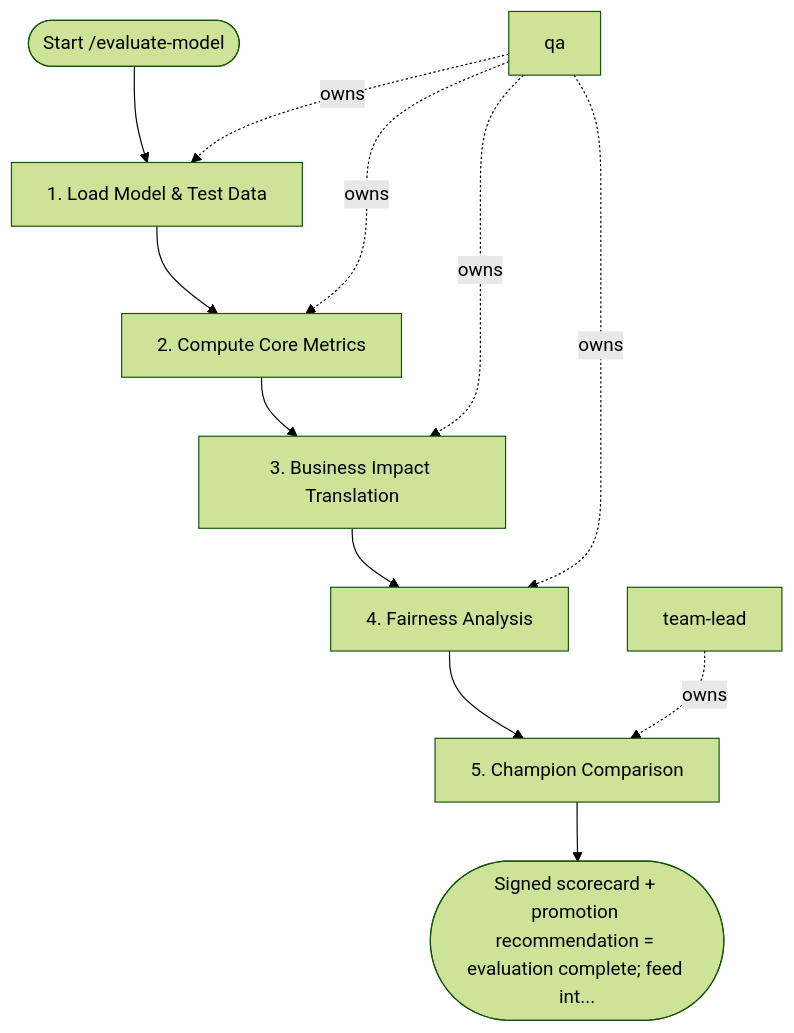
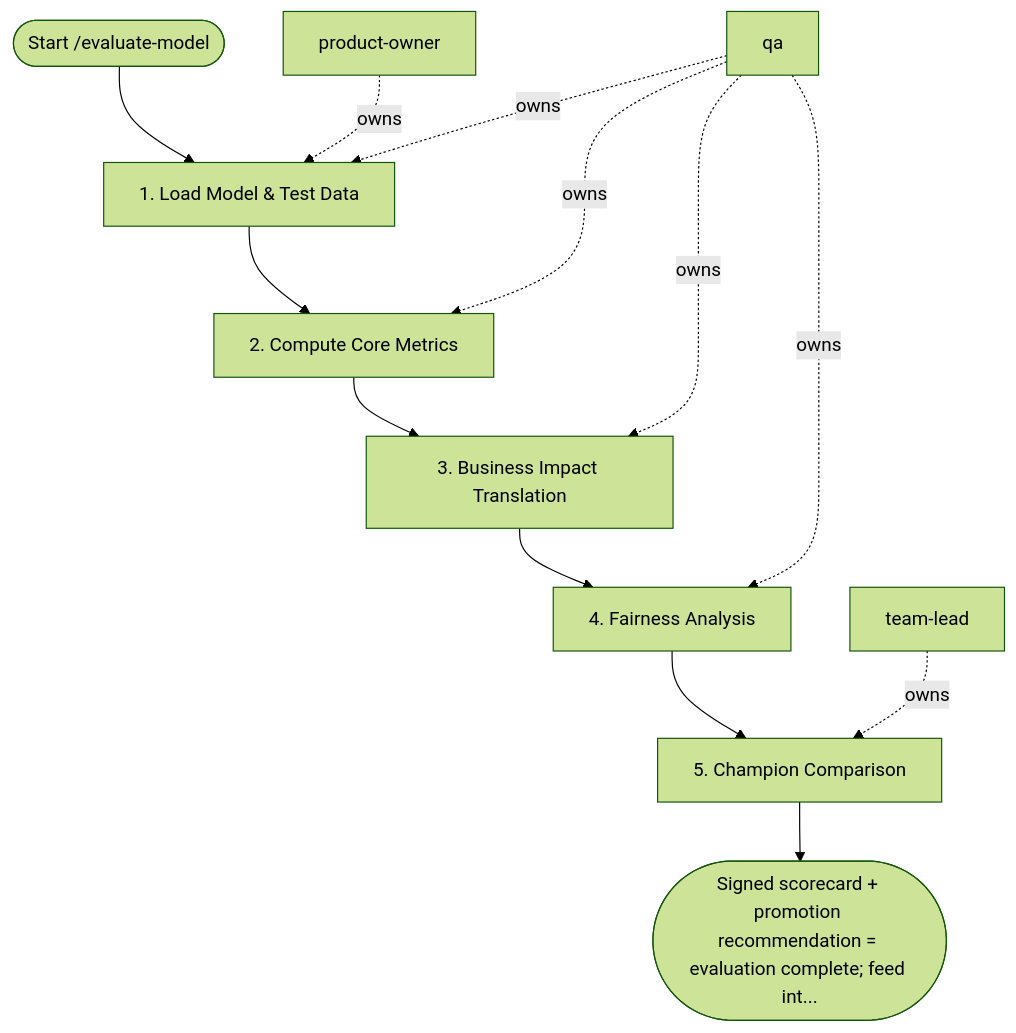
Before and after one commit to sawrus/agent-guides: the diagram in areas/software/mlops/workflows/evaluate-model.md, drawn with Mermaid (forest theme). The commit also changed other lines of this file and 76 other files, not shown here.

Commit message:
Standardize workflow product owner initiation

````diff
--- a/areas/software/mlops/workflows/evaluate-model.md
+++ b/areas/software/mlops/workflows/evaluate-model.md
@@ -65,23 +65,25 @@
 ```mermaid
 flowchart TD
   start(["Start /evaluate-model"])
-  role_1["qa"]
-  role_2["team-lead"]
+  role_1["product-owner"]
+  role_2["qa"]
+  role_3["team-lead"]
   step_1["1. Load Model & Test Data"]
   step_2["2. Compute Core Metrics"]
   step_3["3. Business Impact Translation"]
   step_4["4. Fairness Analysis"]
   step_5["5. Champion Comparison"]
   exit(["Signed scorecard + promotion recommendation = evaluation complete; feed int..."])
   start --> step_1
   step_1 --> step_2
   step_2 --> step_3
   step_3 --> step_4
   step_4 --> step_5
   step_5 --> exit
   role_1 -. owns .-> step_1
-  role_1 -. owns .-> step_2
-  role_1 -. owns .-> step_3
-  role_1 -. owns .-> step_4
-  role_2 -. owns .-> step_5
+  role_2 -. owns .-> step_1
+  role_2 -. owns .-> step_2
+  role_2 -. owns .-> step_3
+  role_2 -. owns .-> step_4
+  role_3 -. owns .-> step_5
 ```
````
